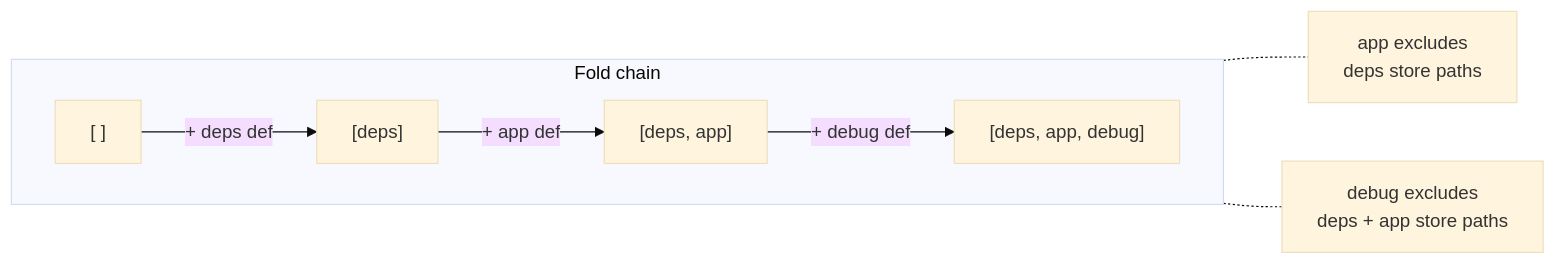
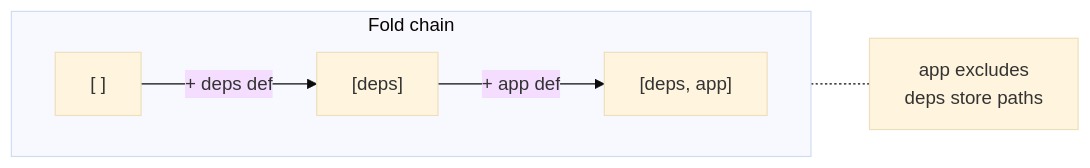
One commit to Dauliac/nix-oci changed the third of 8 diagrams in docs/content/explanation/optimize-layers.md. Above: the diagram before and after it, drawn with Mermaid (base theme). The commit also changed other lines of this file and 106 other files, not shown here.

````diff
--- a/docs/content/explanation/optimize-layers.md
+++ b/docs/content/explanation/optimize-layers.md
@@ -74,11 +72,9 @@
 ```mermaid
 flowchart LR
     subgraph "Fold chain"
         direction LR
         L0["[ ]"] -->|"+ deps def"| L1["[deps]"]
         L1 -->|"+ app def"| L2["[deps, app]"]
-        L2 -->|"+ debug def"| L3["[deps, app, debug]"]
     end
     L1 -.- N1["app excludes<br/>deps store paths"]
-    L2 -.- N2["debug excludes<br/>deps + app store paths"]
 ```
````
